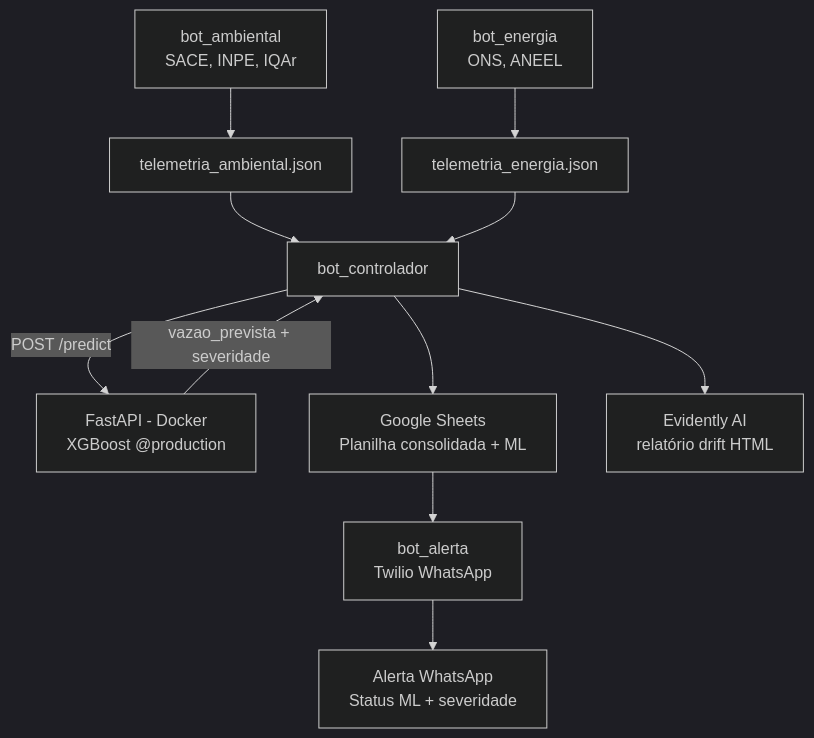
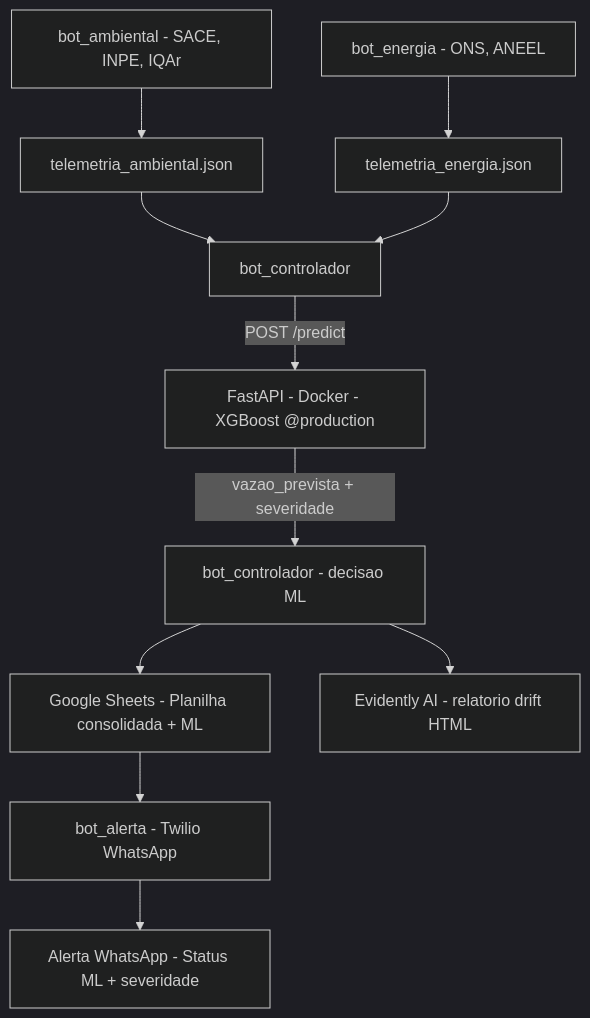
The first of 3 diagrams in README.md (vbrenox/Sistema-Alerta-AM-ML-BotCity), drawn with Mermaid (dark theme) before and after one commit.

Commit message:
docs: README completo - evolucao RPA para ML com comparativo modelos

````diff
--- a/README.md
+++ b/README.md
@@ -24,13 +24,13 @@
 ```mermaid
 flowchart TD
-    A[bot_ambiental\nSACE, INPE, IQAr] --> E[telemetria_ambiental.json]
-    B[bot_energia\nONS, ANEEL] --> F[telemetria_energia.json]
+    A["bot_ambiental - SACE, INPE, IQAr"] --> E[telemetria_ambiental.json]
+    B["bot_energia - ONS, ANEEL"] --> F[telemetria_energia.json]
     E --> G[bot_controlador]
     F --> G
-    G -->|POST /predict| H[FastAPI - Docker\nXGBoost @production]
-    H -->|vazao_prevista + severidade| G
-    G --> I[Google Sheets\nPlanilha consolidada + ML]
-    G --> J[Evidently AI\nrelatório drift HTML]
-    I --> K[bot_alerta\nTwilio WhatsApp]
-    K --> L[Alerta WhatsApp\nStatus ML + severidade]
+    G -->|POST /predict| H["FastAPI - Docker - XGBoost @production"]
+    H -->|vazao_prevista + severidade| G2["bot_controlador - decisao ML"]
+    G2 --> I["Google Sheets - Planilha consolidada + ML"]
+    G2 --> J["Evidently AI - relatorio drift HTML"]
+    I --> K["bot_alerta - Twilio WhatsApp"]
+    K --> L["Alerta WhatsApp - Status ML + severidade"]
 ```
````
